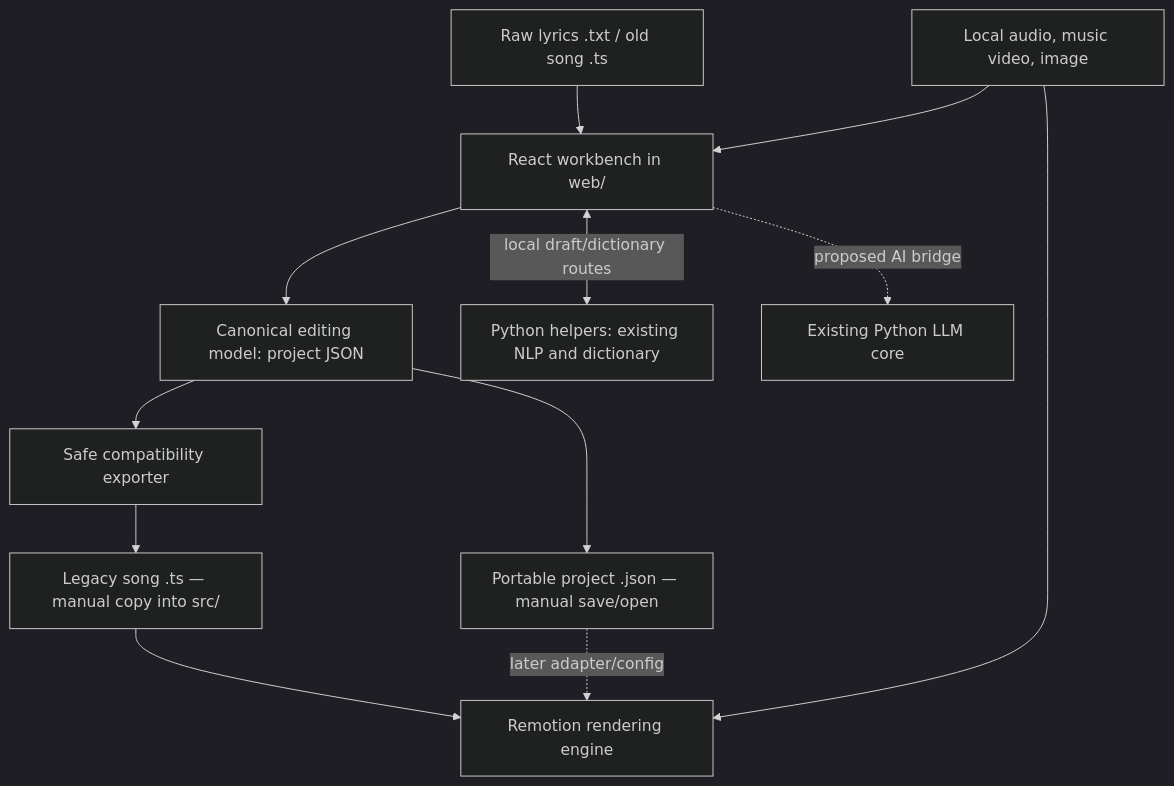
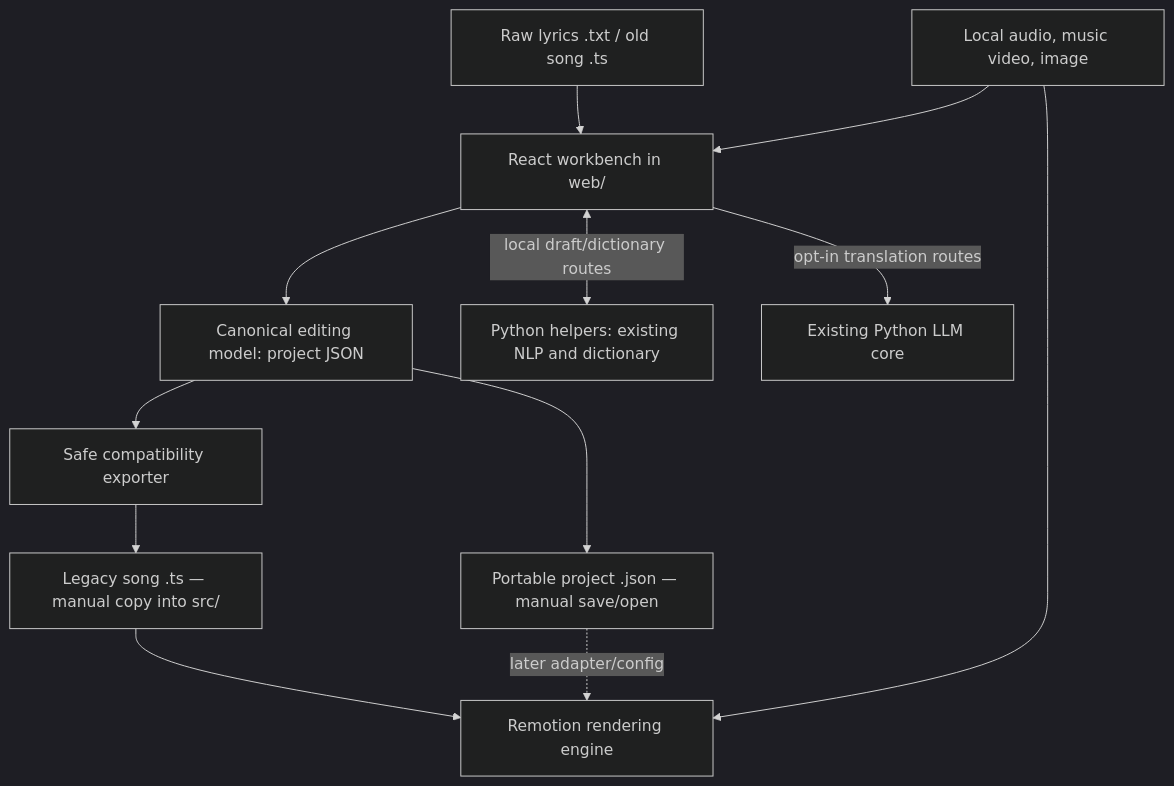
The diagram in agent-docs/react-workbench/ARCHITECTURE.md (hckr/chinese-lyric-video), drawn with Mermaid (dark theme) before and after one commit. The commit also changed other lines of this file and 50 other files, not shown here.

````diff
--- a/agent-docs/react-workbench/ARCHITECTURE.md
+++ b/agent-docs/react-workbench/ARCHITECTURE.md
@@ -5,14 +5,14 @@
 ```mermaid
 flowchart TD
   A[Raw lyrics .txt / old song .ts] --> B[React workbench in web/]
   B --> S[Canonical editing model: project JSON]
   B <-->|local draft/dictionary routes| P[Python helpers: existing NLP and dictionary]
-  B -. proposed AI bridge .-> L[Existing Python LLM core]
+  B -->|opt-in translation routes| L[Existing Python LLM core]
   S --> G[Safe compatibility exporter]
   G --> T[Legacy song .ts — manual copy into src/]
   S --> J[Portable project .json — manual save/open]
   T --> R[Remotion rendering engine]
   J -. later adapter/config .-> R
   M[Local audio, music video, image] --> B
   M --> R
 ```
````
